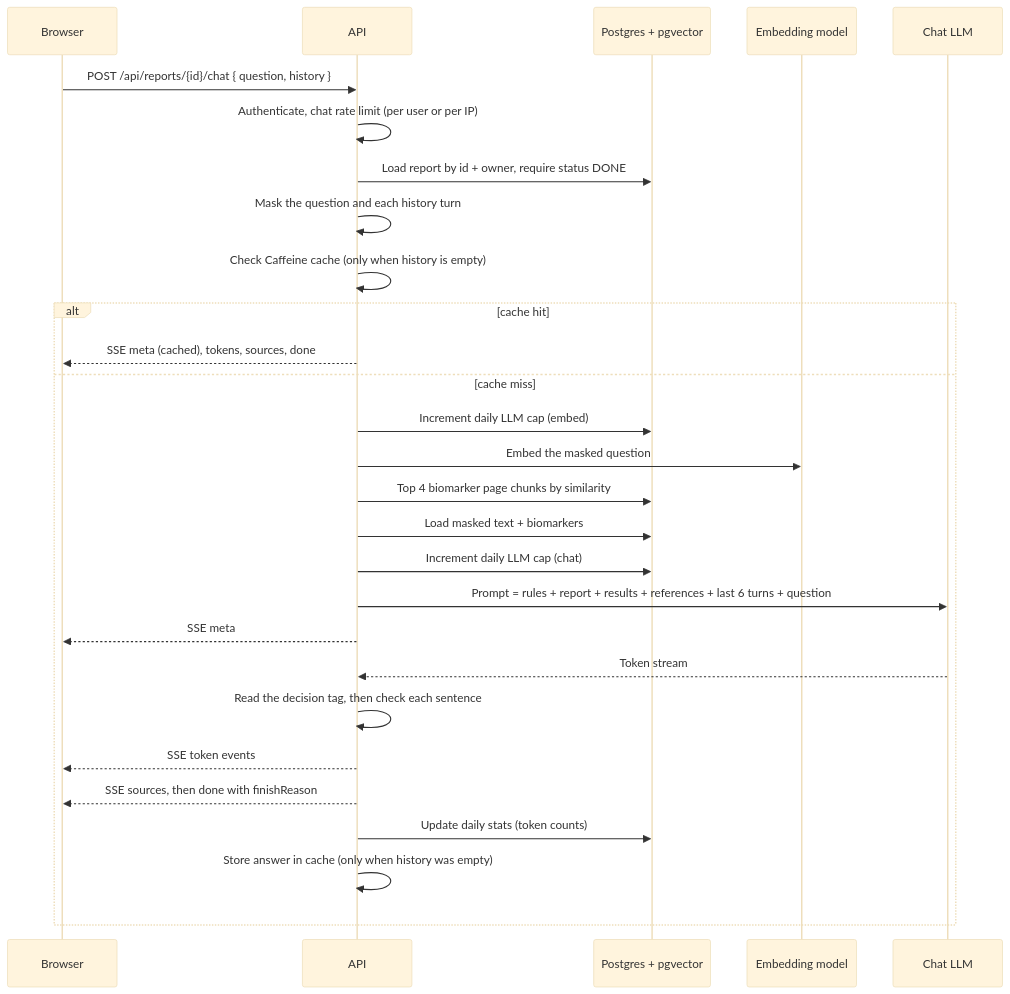
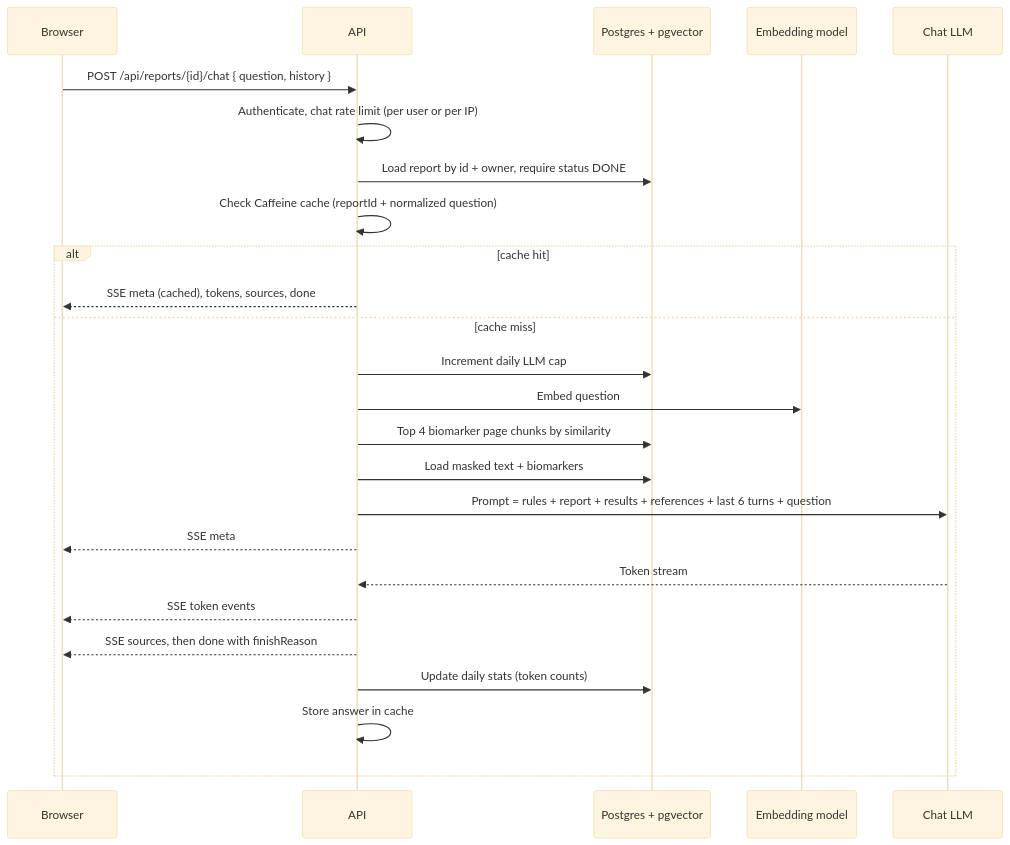
One commit to SaqibCod/medi-scan changed diagram 13 of 20 in docs/dataflow.md. Above: the diagram before and after it, drawn with Mermaid (base theme). The commit also changed other lines of this file and 774 other files, not shown here.

````diff
--- a/docs/dataflow.md
+++ b/docs/dataflow.md
@@ -502,31 +489,28 @@
 ```mermaid
 sequenceDiagram
     participant B as Browser
     participant A as API
     participant D as Postgres + pgvector
     participant E as Embedding model
     participant L as Chat LLM
 
     B->>A: POST /api/reports/{id}/chat { question, history }
     A->>A: Authenticate, chat rate limit (per user or per IP)
     A->>D: Load report by id + owner, require status DONE
-    A->>A: Mask the question and each history turn
-    A->>A: Check Caffeine cache (only when history is empty)
+    A->>A: Check Caffeine cache (reportId + normalized question)
     alt cache hit
         A-->>B: SSE meta (cached), tokens, sources, done
     else cache miss
-        A->>D: Increment daily LLM cap (embed)
-        A->>E: Embed the masked question
+        A->>D: Increment daily LLM cap
+        A->>E: Embed question
         A->>D: Top 4 biomarker page chunks by similarity
         A->>D: Load masked text + biomarkers
-        A->>D: Increment daily LLM cap (chat)
         A->>L: Prompt = rules + report + results + references + last 6 turns + question
         A-->>B: SSE meta
         L-->>A: Token stream
-        A->>A: Read the decision tag, then check each sentence
         A-->>B: SSE token events
         A-->>B: SSE sources, then done with finishReason
         A->>D: Update daily stats (token counts)
-        A->>A: Store answer in cache (only when history was empty)
+        A->>A: Store answer in cache
     end
 ```
````
